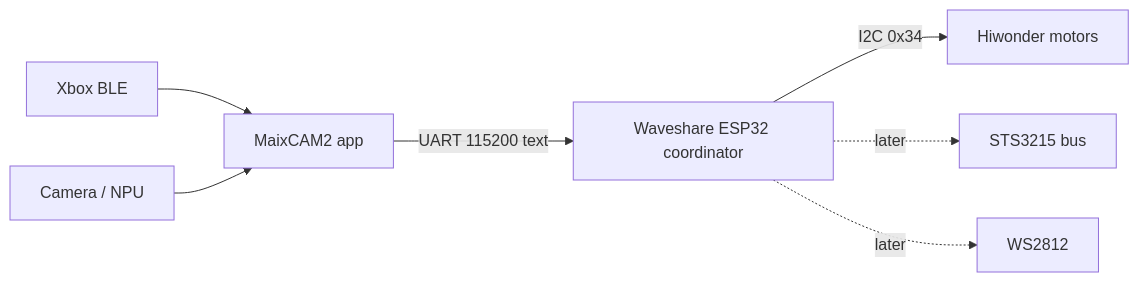
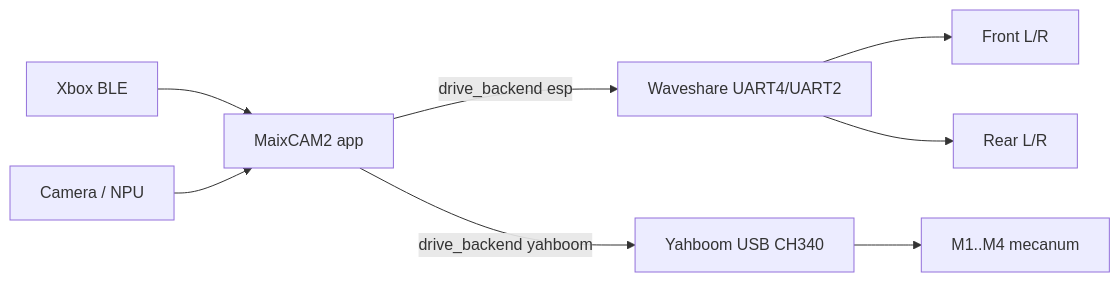
One commit to Nutz95/MaixAiRover changed the first of 2 diagrams in docs/architecture.md. Above: the diagram before and after it, drawn with Mermaid. The commit also changed other lines of this file and 28 other files, not shown here.

````diff
--- a/docs/architecture.md
+++ b/docs/architecture.md
@@ -3,9 +3,10 @@
 ```mermaid
 flowchart LR
   Xbox[Xbox BLE] --> Maix[MaixCAM2 app]
   Cam[Camera / NPU] --> Maix
-  Maix -->|UART 115200 text| Esp[Waveshare ESP32 coordinator]
-  Esp -->|I2C 0x34| Mot[Hiwonder motors]
-  Esp -.->|later| Servo[STS3215 bus]
-  Esp -.->|later| Led[WS2812]
+  Maix -->|drive_backend esp| EspPath[Waveshare UART4/UART2]
+  Maix -->|drive_backend yahboom| Yah[Yahboom USB CH340]
+  EspPath --> Front[Front L/R]
+  EspPath --> Rear[Rear L/R]
+  Yah --> AllFour[M1..M4 mecanum]
 ```
````
